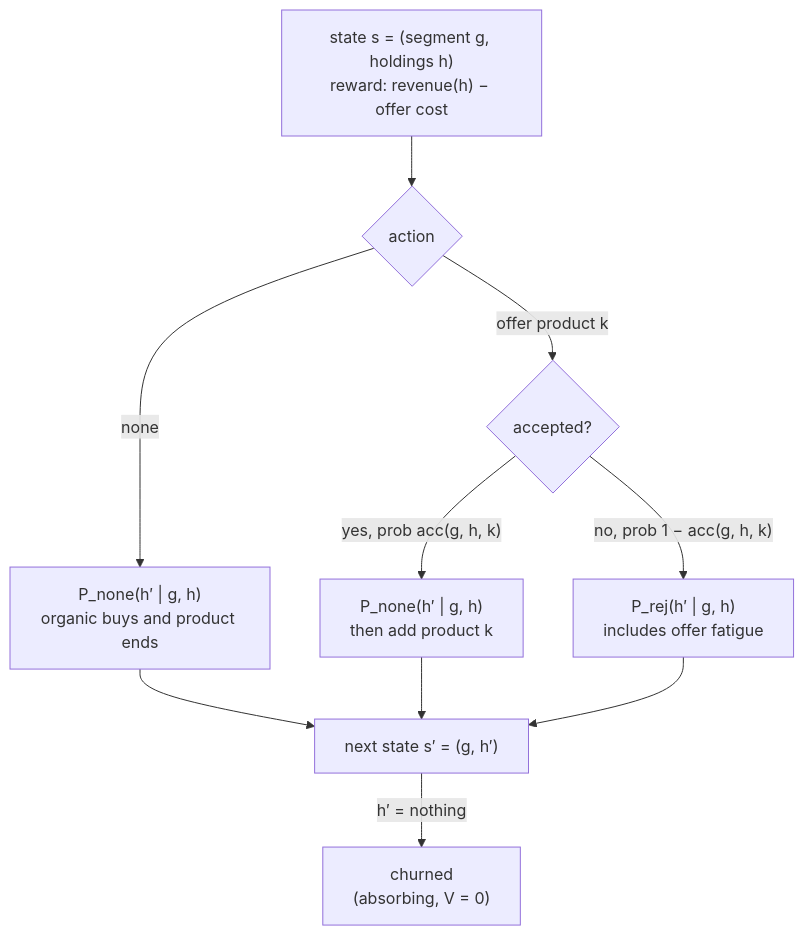
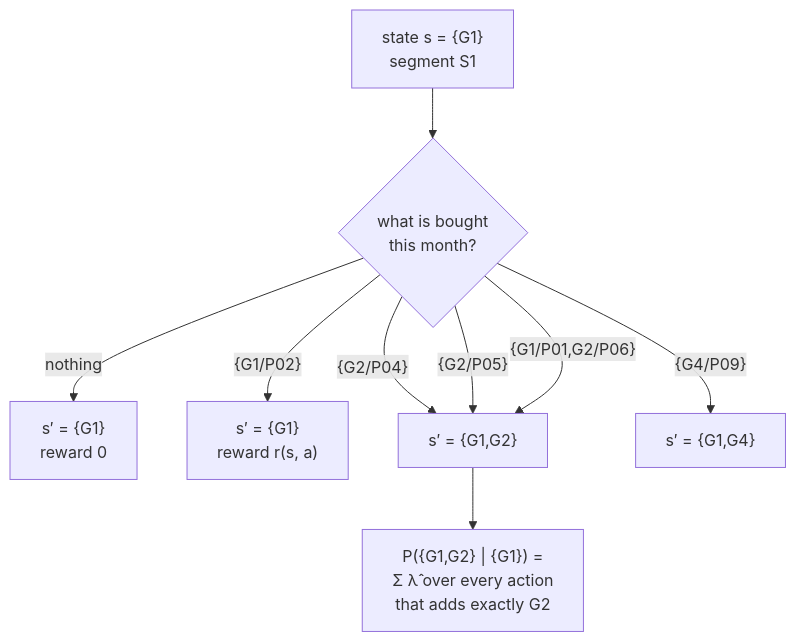
One commit to pakhapoom/customer-lifetime-value changed the third of 6 diagrams in README.md. Above: the diagram before and after it, drawn with Mermaid. The commit also changed other lines of this file and 7 other files, not shown here.

````diff
--- a/README.md
+++ b/README.md
@@ -143,12 +183,11 @@
 ```mermaid
 flowchart TD
-    S["state s = (segment g, holdings h)<br/>reward: revenue(h) − offer cost"] --> D{"action"}
-    D -->|none| N["P_none(h′ | g, h)<br/>organic buys and product ends"]
-    D -->|offer product k| Y{"accepted?"}
-    Y -->|"yes, prob acc(g, h, k)"| AK["P_none(h′ | g, h)<br/>then add product k"]
-    Y -->|"no, prob 1 − acc(g, h, k)"| R["P_rej(h′ | g, h)<br/>includes offer fatigue"]
-    N --> S2["next state s′ = (g, h′)"]
-    AK --> S2
-    R --> S2
-    S2 -->|"h′ = nothing"| X["churned<br/>(absorbing, V = 0)"]
+    S["state s = {G1}<br/>segment S1"] --> D{"what is bought<br/>this month?"}
+    D -->|"nothing"| N["s′ = {G1}<br/>reward 0"]
+    D -->|"{G1/P02}"| SG["s′ = {G1}<br/>reward r(s, a)"]
+    D -->|"{G2/P04}"| B["s′ = {G1,G2}"]
+    D -->|"{G2/P05}"| B
+    D -->|"{G1/P01,G2/P06}"| B
+    D -->|"{G4/P09}"| C["s′ = {G1,G4}"]
+    B --> V["P({G1,G2} | {G1}) =<br/>Σ λ̂ over every action<br/>that adds exactly G2"]
 ```
````
